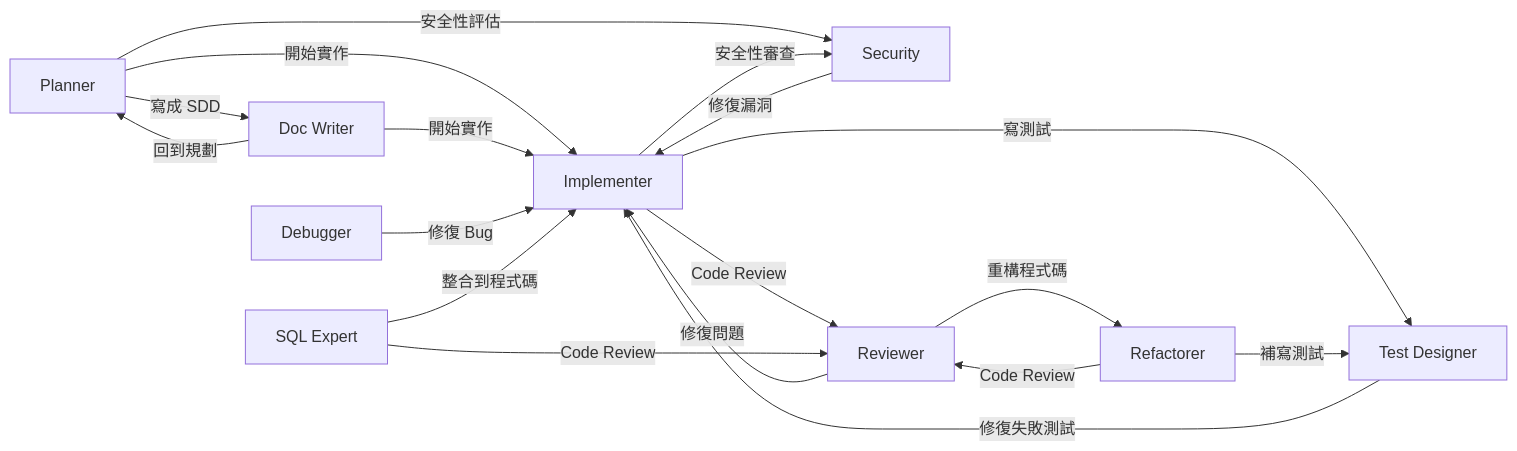
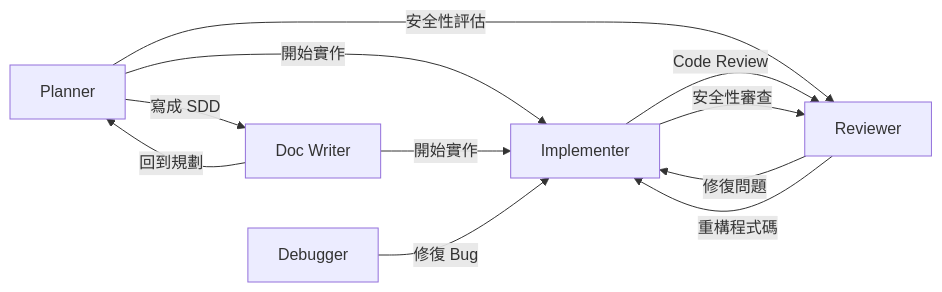
The diagram in README.zh-TW.md (zexion7873/copilot-setting), drawn with Mermaid before and after one commit. The commit also changed other lines of this file and 10 other files, not shown here.

````diff
--- a/README.zh-TW.md
+++ b/README.zh-TW.md
@@ -130,28 +122,17 @@
 ```mermaid
 flowchart LR
     Planner -->|"寫成 SDD"| DocWriter[Doc Writer]
     Planner -->|"開始實作"| Implementer
-    Planner -->|"安全性評估"| Security
+    Planner -->|"安全性評估"| Reviewer
 
     DocWriter -->|"開始實作"| Implementer
     DocWriter -->|"回到規劃"| Planner
 
     Implementer -->|"Code Review"| Reviewer
-    Implementer -->|"寫測試"| TestDesigner[Test Designer]
-    Implementer -->|"安全性審查"| Security
+    Implementer -->|"安全性審查"| Reviewer
 
     Reviewer -->|"修復問題"| Implementer
-    Reviewer -->|"重構程式碼"| Refactorer
-
-    TestDesigner -->|"修復失敗測試"| Implementer
-
-    Refactorer -->|"Code Review"| Reviewer
-    Refactorer -->|"補寫測試"| TestDesigner
+    Reviewer -->|"重構程式碼"| Implementer
 
     Debugger -->|"修復 Bug"| Implementer
-
-    SQLExpert[SQL Expert] -->|"Code Review"| Reviewer
-    SQLExpert -->|"整合到程式碼"| Implementer
-
-    Security -->|"修復漏洞"| Implementer
 ```
````
